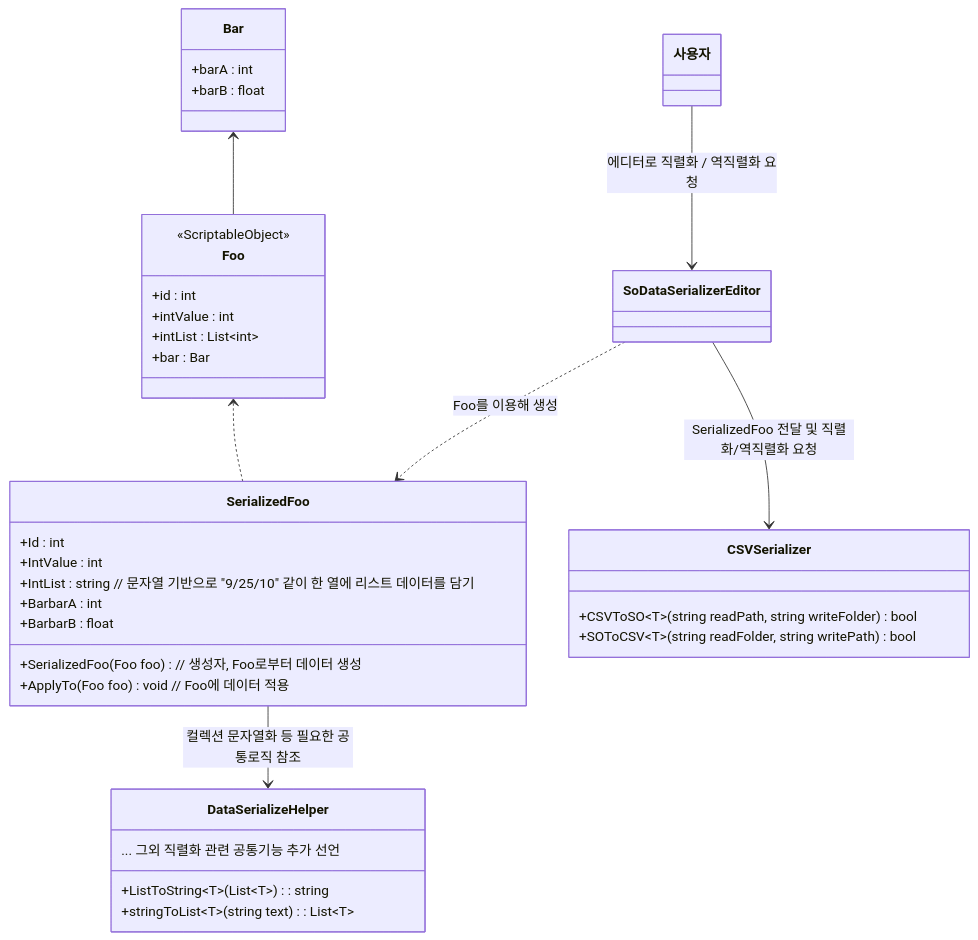
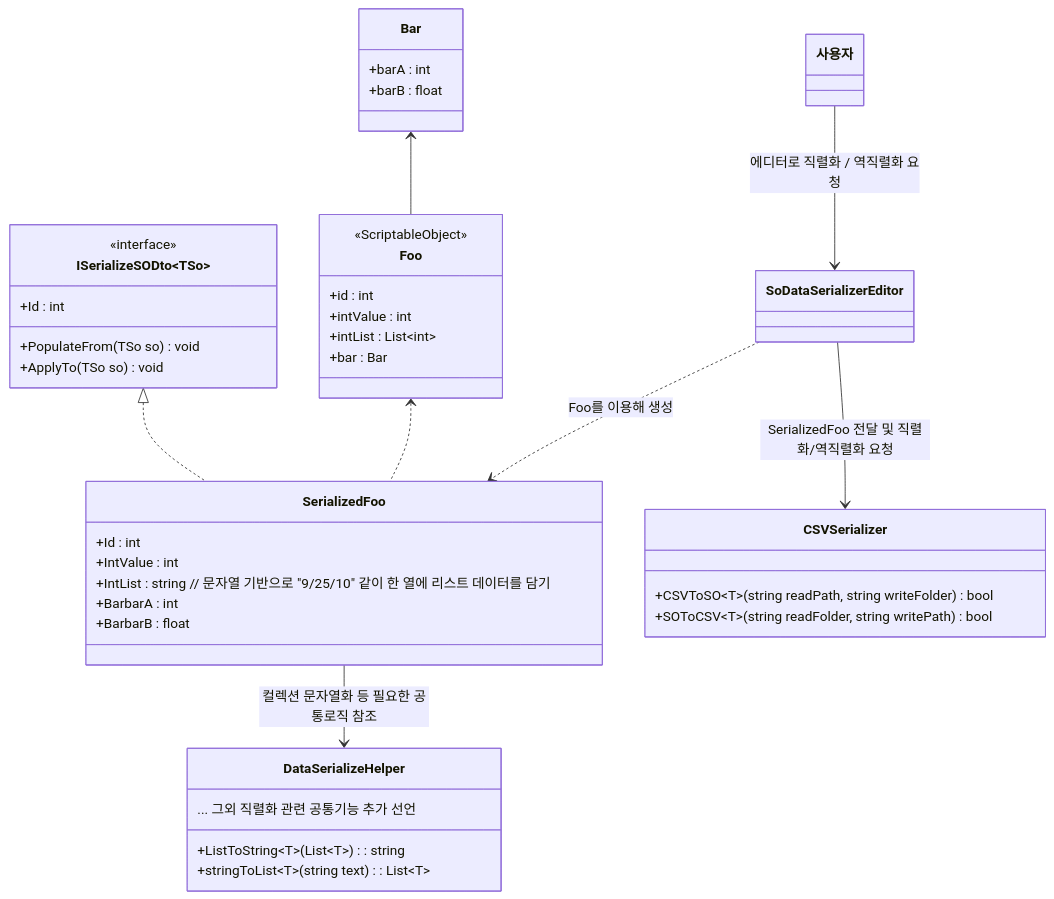
The diagram in README/데이터테이블_수정.md (JIN5EOK/DungeonShooter), drawn with Mermaid before and after one commit. The commit also changed other lines of this file and 7 other files, not shown here.

````diff
--- a/README/데이터테이블_수정.md
+++ b/README/데이터테이블_수정.md
@@ -8,42 +8,48 @@
 ``` mermaid
 classDiagram
     class Bar{
         +barA : int
         +barB : float
     }
 
     class Foo{
         <<ScriptableObject>>
         +id : int
         +intValue : int
         +intList : List~int~ 
         +bar : Bar
     }
     
     class SerializedFoo{
         +Id : int
         +IntValue : int
         +IntList : string // 문자열 기반으로 "9/25/10" 같이 한 열에 리스트 데이터를 담기
         +BarbarA : int
         +BarbarB : float
-        +SerializedFoo(Foo foo) // 생성자, Foo로부터 데이터 생성
-        +ApplyTo(Foo foo) void // Foo에 데이터 적용
+    }
+
+    class ISerializeSODto~TSo~{
+        <<interface>>
+        +Id : int
+        +PopulateFrom(TSo so) void
+        +ApplyTo(TSo so) void
     }
 
     class CSVSerializer{
         +CSVToSO~T~(string readPath, string writeFolder) bool
         +SOToCSV~T~(string readFolder, string writePath) bool
     }
     
     class DataSerializeHelper{
         +ListToString~T~(List~T~) : string
         +stringToList~T~(string text) : List~T~
         ... 그외 직렬화 관련  공통기능 추가 선언
     }
     Bar <-- Foo
     SoDataSerializerEditor --> CSVSerializer : SerializedFoo 전달 및 직렬화/역직렬화 요청
     SoDataSerializerEditor ..> SerializedFoo : Foo를 이용해 생성
     사용자 --> SoDataSerializerEditor : 에디터로 직렬화 / 역직렬화 요청
     Foo <.. SerializedFoo
+    ISerializeSODto~TSo~ <|.. SerializedFoo
     SerializedFoo --> DataSerializeHelper : 컬렉션 문자열화 등 필요한 공통로직 참조
 ```
````
